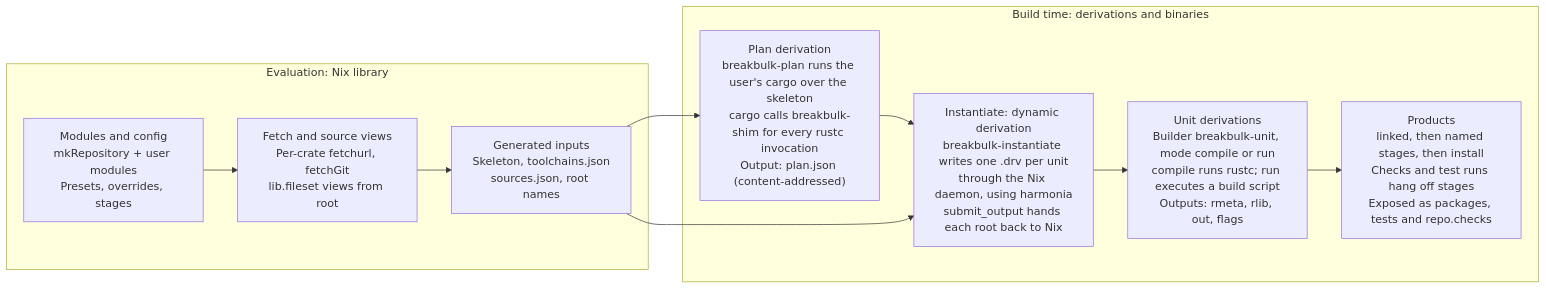
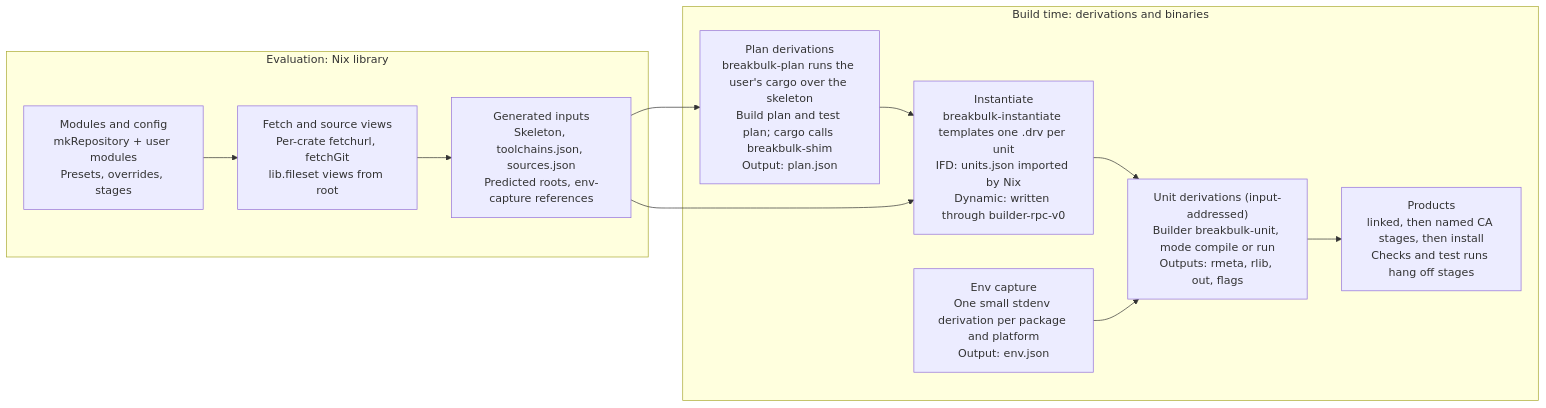
The diagram in docs/implementation.md (schlarpc/breakbulk), drawn with Mermaid before and after one commit. The commit also changed other lines of this file, not shown here.

First line of the commit message:
Revise implementation plan after review

````diff
--- a/docs/implementation.md
+++ b/docs/implementation.md
@@ -26,18 +27,20 @@
 ```mermaid
 flowchart LR
   subgraph eval["Evaluation: Nix library"]
     modules["Modules and config<br/>mkRepository + user modules<br/>Presets, overrides, stages"]
     fetch["Fetch and source views<br/>Per-crate fetchurl, fetchGit<br/>lib.fileset views from root"]
-    gen["Generated inputs<br/>Skeleton, toolchains.json<br/>sources.json, root names"]
+    gen["Generated inputs<br/>Skeleton, toolchains.json, sources.json<br/>Predicted roots, env-capture references"]
     modules --> fetch --> gen
   end
   subgraph build["Build time: derivations and binaries"]
-    plan["Plan derivation<br/>breakbulk-plan runs the user's cargo over the skeleton<br/>cargo calls breakbulk-shim for every rustc invocation<br/>Output: plan.json (content-addressed)"]
-    inst["Instantiate: dynamic derivation<br/>breakbulk-instantiate writes one .drv per unit<br/>through the Nix daemon, using harmonia<br/>submit_output hands each root back to Nix"]
-    units["Unit derivations<br/>Builder breakbulk-unit, mode compile or run<br/>compile runs rustc; run executes a build script<br/>Outputs: rmeta, rlib, out, flags"]
-    products["Products<br/>linked, then named stages, then install<br/>Checks and test runs hang off stages<br/>Exposed as packages, tests and repo.checks"]
+    capture["Env capture<br/>One small stdenv derivation per package and platform<br/>Output: env.json"]
+    plan["Plan derivations<br/>breakbulk-plan runs the user's cargo over the skeleton<br/>Build plan and test plan; cargo calls breakbulk-shim<br/>Output: plan.json"]
+    inst["Instantiate<br/>breakbulk-instantiate templates one .drv per unit<br/>IFD: units.json imported by Nix<br/>Dynamic: written through builder-rpc-v0"]
+    units["Unit derivations (input-addressed)<br/>Builder breakbulk-unit, mode compile or run<br/>Outputs: rmeta, rlib, out, flags"]
+    products["Products<br/>linked, then named CA stages, then install<br/>Checks and test runs hang off stages"]
     plan --> inst --> units --> products
+    capture --> units
   end
   gen --> plan
   gen --> inst
 ```
````
